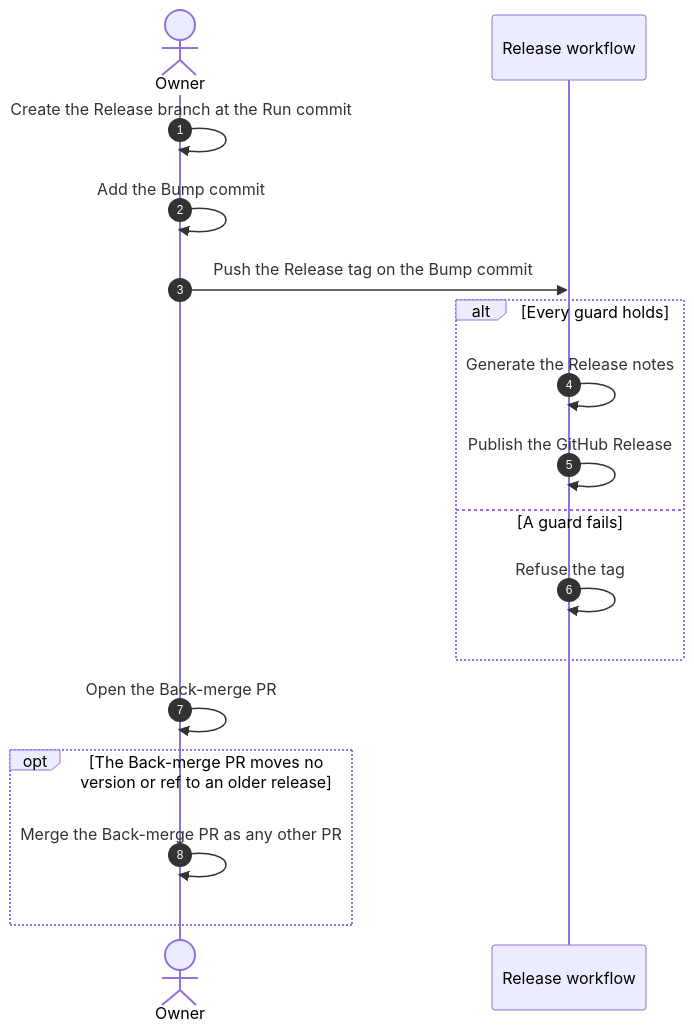
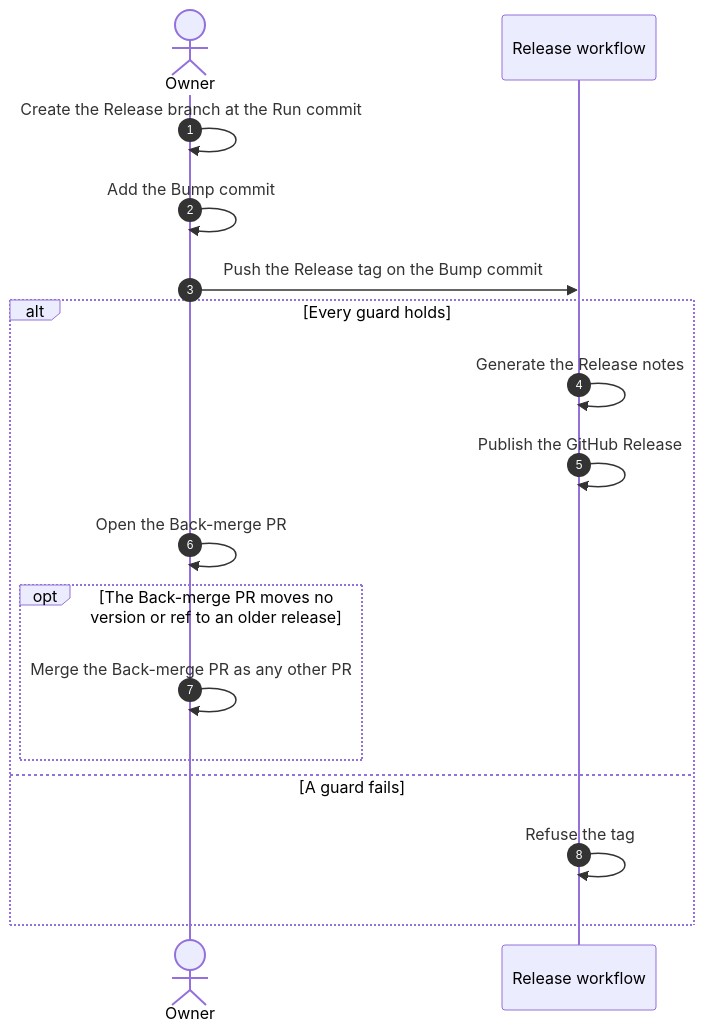
One commit to maro114510/skills changed the diagram in docs/design/release-flow.md. Above: the diagram before and after it, drawn with Mermaid. The commit also changed other lines of this file, not shown here.

First line of the commit message:
docs(design): close three release flow gaps from review

````diff
--- a/docs/design/release-flow.md
+++ b/docs/design/release-flow.md
@@ -42,19 +42,19 @@
 ```mermaid
 sequenceDiagram
     autonumber
     actor Owner
     participant WF as Release workflow
     Owner->>Owner: Create the Release branch at the Run commit
     Owner->>Owner: Add the Bump commit
     Owner->>WF: Push the Release tag on the Bump commit
     alt Every guard holds
         WF->>WF: Generate the Release notes
         WF->>WF: Publish the GitHub Release
+        Owner->>Owner: Open the Back-merge PR
+        opt The Back-merge PR moves no version or ref to an older release
+            Owner->>Owner: Merge the Back-merge PR as any other PR
+        end
     else A guard fails
         WF->>WF: Refuse the tag
     end
-    Owner->>Owner: Open the Back-merge PR
-    opt The Back-merge PR moves no version or ref to an older release
-        Owner->>Owner: Merge the Back-merge PR as any other PR
-    end
 ```
````
